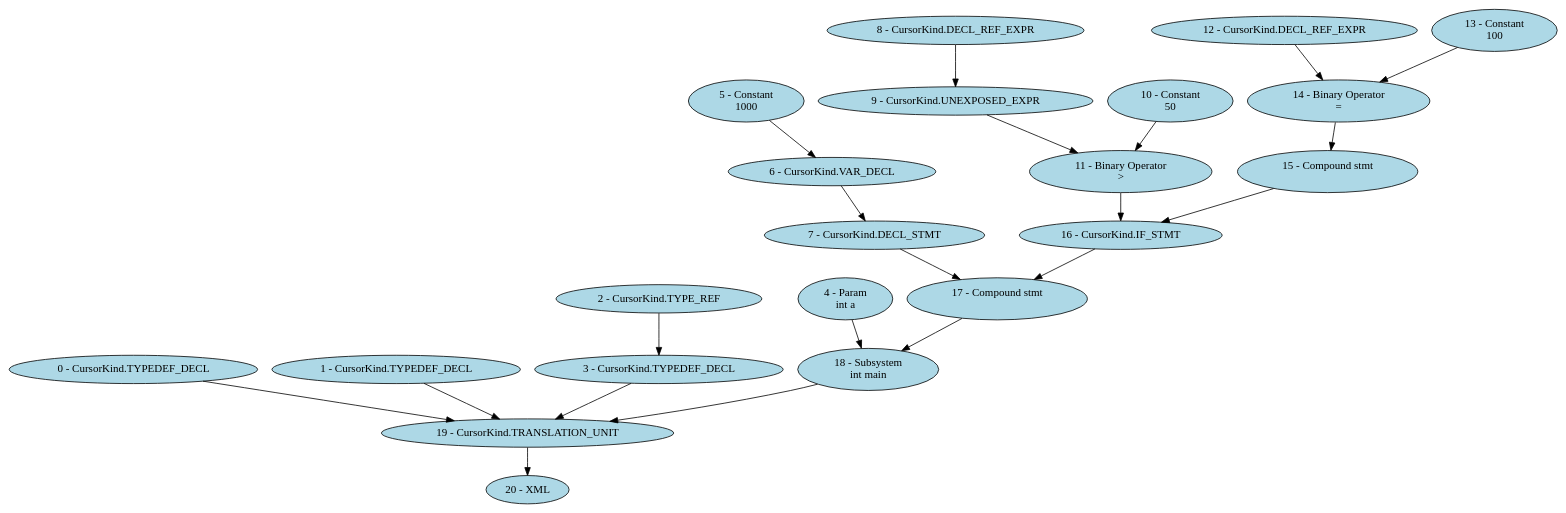
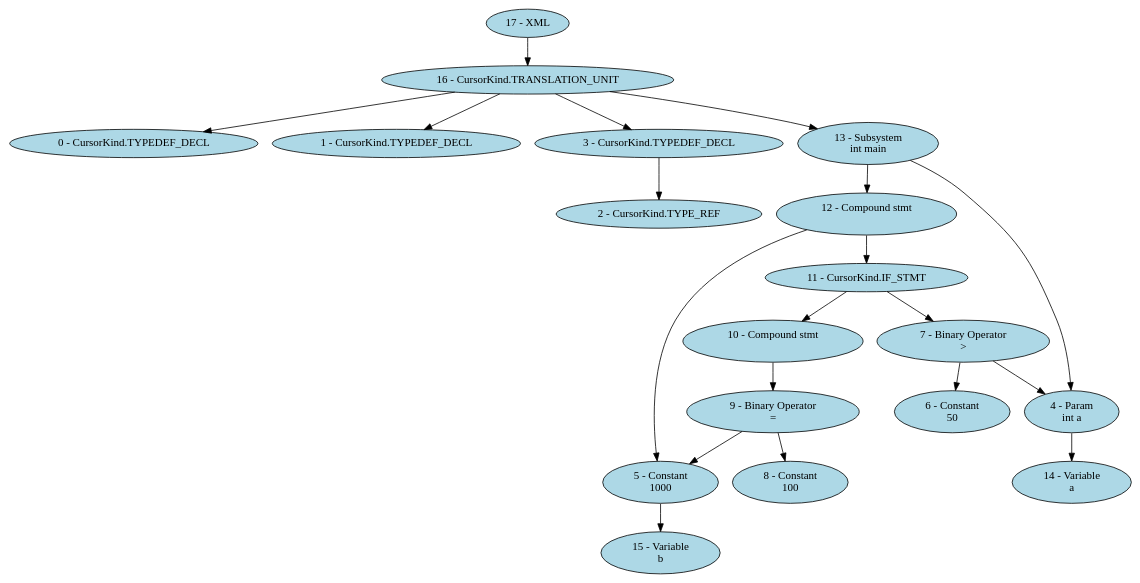
Before and after one commit to BentleyJOakes/SourceToSimulink: the diagram in examples/simple.dot, drawn with Graphviz. The commit also changed 14 other files, not shown here.

```diff
--- a/examples/simple.dot
+++ b/examples/simple.dot
@@ -1,43 +1,39 @@
 digraph simple {
 "0 - CursorKind.TYPEDEF_DECL" [style=filled, fillcolor=lightblue];
 "1 - CursorKind.TYPEDEF_DECL" [style=filled, fillcolor=lightblue];
 "2 - CursorKind.TYPE_REF" [style=filled, fillcolor=lightblue];
 "3 - CursorKind.TYPEDEF_DECL" [style=filled, fillcolor=lightblue];
 "4 - Param\nint a" [style=filled, fillcolor=lightblue];
 "5 - Constant\n1000" [style=filled, fillcolor=lightblue];
-"6 - CursorKind.VAR_DECL" [style=filled, fillcolor=lightblue];
-"7 - CursorKind.DECL_STMT" [style=filled, fillcolor=lightblue];
-"8 - CursorKind.DECL_REF_EXPR" [style=filled, fillcolor=lightblue];
-"9 - CursorKind.UNEXPOSED_EXPR" [style=filled, fillcolor=lightblue];
-"10 - Constant\n50" [style=filled, fillcolor=lightblue];
-"11 - Binary Operator\n>" [style=filled, fillcolor=lightblue];
-"12 - CursorKind.DECL_REF_EXPR" [style=filled, fillcolor=lightblue];
-"13 - Constant\n100" [style=filled, fillcolor=lightblue];
-"14 - Binary Operator\n=" [style=filled, fillcolor=lightblue];
-"15 - Compound stmt\n " [style=filled, fillcolor=lightblue];
-"16 - CursorKind.IF_STMT" [style=filled, fillcolor=lightblue];
-"17 - Compound stmt\n " [style=filled, fillcolor=lightblue];
-"18 - Subsystem\nint main" [style=filled, fillcolor=lightblue];
-"19 - CursorKind.TRANSLATION_UNIT" [style=filled, fillcolor=lightblue];
-"20 - XML" [style=filled, fillcolor=lightblue];
-"2 - CursorKind.TYPE_REF" -> "3 - CursorKind.TYPEDEF_DECL";
-"5 - Constant\n1000" -> "6 - CursorKind.VAR_DECL";
-"6 - CursorKind.VAR_DECL" -> "7 - CursorKind.DECL_STMT";
-"8 - CursorKind.DECL_REF_EXPR" -> "9 - CursorKind.UNEXPOSED_EXPR";
-"9 - CursorKind.UNEXPOSED_EXPR" -> "11 - Binary Operator\n>";
-"10 - Constant\n50" -> "11 - Binary Operator\n>";
-"12 - CursorKind.DECL_REF_EXPR" -> "14 - Binary Operator\n=";
-"13 - Constant\n100" -> "14 - Binary Operator\n=";
-"14 - Binary Operator\n=" -> "15 - Compound stmt\n ";
-"11 - Binary Operator\n>" -> "16 - CursorKind.IF_STMT";
-"15 - Compound stmt\n " -> "16 - CursorKind.IF_STMT";
-"7 - CursorKind.DECL_STMT" -> "17 - Compound stmt\n ";
-"16 - CursorKind.IF_STMT" -> "17 - Compound stmt\n ";
-"4 - Param\nint a" -> "18 - Subsystem\nint main";
-"17 - Compound stmt\n " -> "18 - Subsystem\nint main";
-"0 - CursorKind.TYPEDEF_DECL" -> "19 - CursorKind.TRANSLATION_UNIT";
-"1 - CursorKind.TYPEDEF_DECL" -> "19 - CursorKind.TRANSLATION_UNIT";
-"3 - CursorKind.TYPEDEF_DECL" -> "19 - CursorKind.TRANSLATION_UNIT";
-"18 - Subsystem\nint main" -> "19 - CursorKind.TRANSLATION_UNIT";
-"19 - CursorKind.TRANSLATION_UNIT" -> "20 - XML";
+"6 - Constant\n50" [style=filled, fillcolor=lightblue];
+"7 - Binary Operator\n>" [style=filled, fillcolor=lightblue];
+"8 - Constant\n100" [style=filled, fillcolor=lightblue];
+"9 - Binary Operator\n=" [style=filled, fillcolor=lightblue];
+"10 - Compound stmt\n " [style=filled, fillcolor=lightblue];
+"11 - CursorKind.IF_STMT" [style=filled, fillcolor=lightblue];
+"12 - Compound stmt\n " [style=filled, fillcolor=lightblue];
+"13 - Subsystem\nint main" [style=filled, fillcolor=lightblue];
+"14 - Variable\na" [style=filled, fillcolor=lightblue];
+"15 - Variable\nb" [style=filled, fillcolor=lightblue];
+"16 - CursorKind.TRANSLATION_UNIT" [style=filled, fillcolor=lightblue];
+"17 - XML" [style=filled, fillcolor=lightblue];
+"3 - CursorKind.TYPEDEF_DECL" -> "2 - CursorKind.TYPE_REF";
+"7 - Binary Operator\n>" -> "4 - Param\nint a";
+"7 - Binary Operator\n>" -> "6 - Constant\n50";
+"9 - Binary Operator\n=" -> "5 - Constant\n1000";
+"9 - Binary Operator\n=" -> "8 - Constant\n100";
+"10 - Compound stmt\n " -> "9 - Binary Operator\n=";
+"11 - CursorKind.IF_STMT" -> "7 - Binary Operator\n>";
+"11 - CursorKind.IF_STMT" -> "10 - Compound stmt\n ";
+"12 - Compound stmt\n " -> "5 - Constant\n1000";
+"12 - Compound stmt\n " -> "11 - CursorKind.IF_STMT";
+"13 - Subsystem\nint main" -> "4 - Param\nint a";
+"13 - Subsystem\nint main" -> "12 - Compound stmt\n ";
+"4 - Param\nint a" -> "14 - Variable\na";
+"5 - Constant\n1000" -> "15 - Variable\nb";
+"16 - CursorKind.TRANSLATION_UNIT" -> "0 - CursorKind.TYPEDEF_DECL";
+"16 - CursorKind.TRANSLATION_UNIT" -> "1 - CursorKind.TYPEDEF_DECL";
+"16 - CursorKind.TRANSLATION_UNIT" -> "3 - CursorKind.TYPEDEF_DECL";
+"16 - CursorKind.TRANSLATION_UNIT" -> "13 - Subsystem\nint main";
+"17 - XML" -> "16 - CursorKind.TRANSLATION_UNIT";
 }
```
